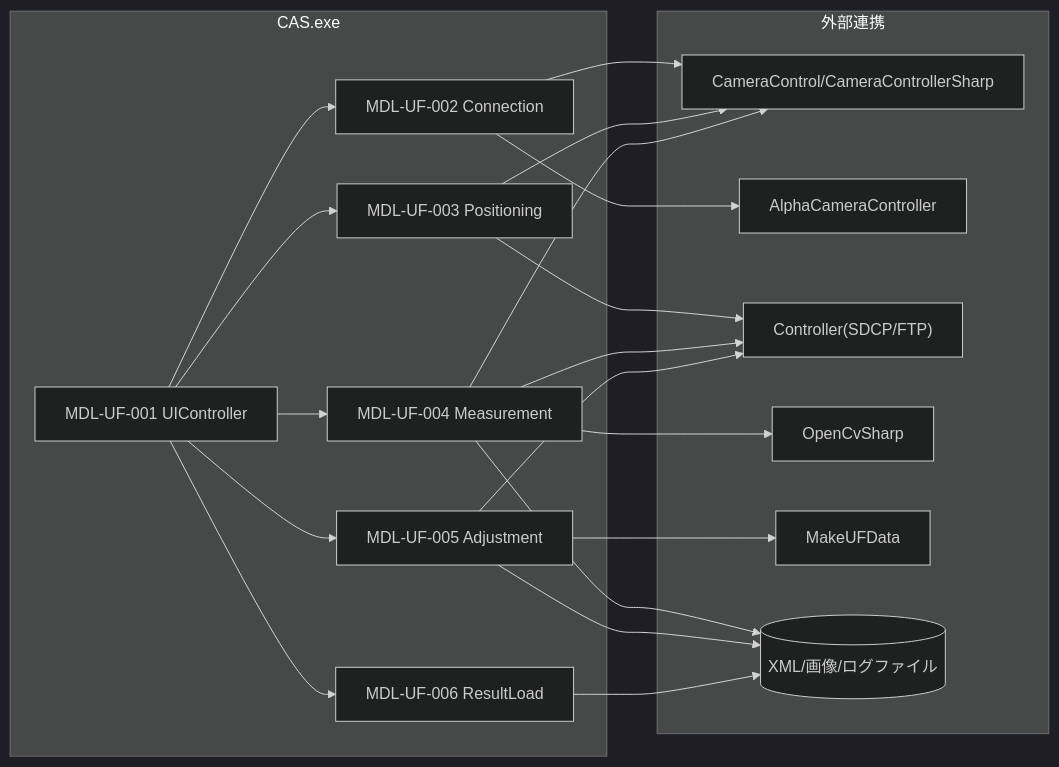
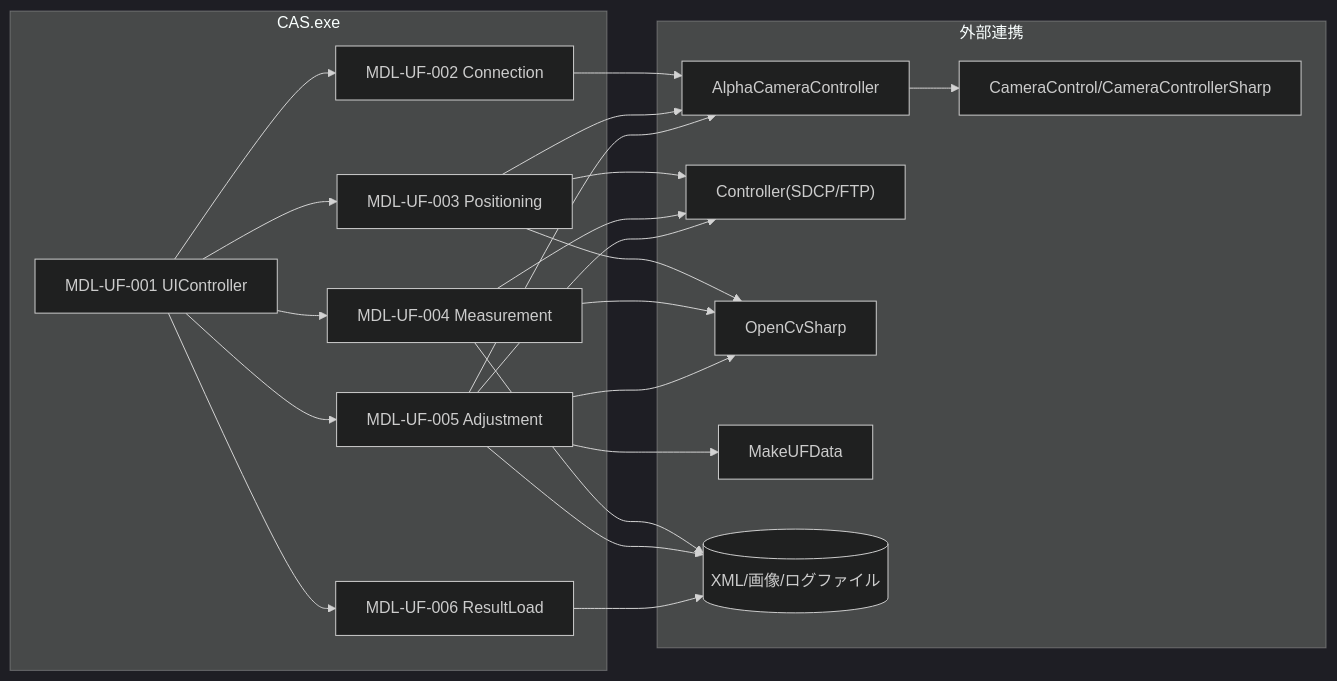
Before and after one commit to HottaTakayuki/ColorAlignmentSoftware: the diagram in docs/UfCamera_詳細設計書/02_モジュール配置図.md, drawn with Mermaid (dark theme). The commit also changed 13 other files, not shown here.

````diff
--- a/docs/UfCamera_詳細設計書/02_モジュール配置図.md
+++ b/docs/UfCamera_詳細設計書/02_モジュール配置図.md
@@ -5,38 +5,40 @@
 ```mermaid
 flowchart LR
     subgraph CAS["CAS.exe"]
         UI["MDL-UF-001 UIController"]
         CON["MDL-UF-002 Connection"]
         POS["MDL-UF-003 Positioning"]
         MEAS["MDL-UF-004 Measurement"]
         ADJ["MDL-UF-005 Adjustment"]
         RES["MDL-UF-006 ResultLoad"]
     end
 
     subgraph External["外部連携"]
         CAM["CameraControl/CameraControllerSharp"]
         ACC["AlphaCameraController"]
         CTRL["Controller(SDCP/FTP)"]
         CV["OpenCvSharp"]
         MK["MakeUFData"]
         FS[("XML/画像/ログファイル")]
     end
 
     UI --> CON
     UI --> POS
     UI --> MEAS
     UI --> ADJ
     UI --> RES
-    CON --> CAM
     CON --> ACC
-    POS --> CAM
     POS --> CTRL
-    MEAS --> CAM
+    POS --> CV
+    POS --> ACC
     MEAS --> CV
     MEAS --> CTRL
     MEAS --> FS
     ADJ --> MK
     ADJ --> CTRL
     ADJ --> FS
+    ADJ --> CV
+    ADJ --> ACC
     RES --> FS
+    ACC --> CAM
 ```
````
